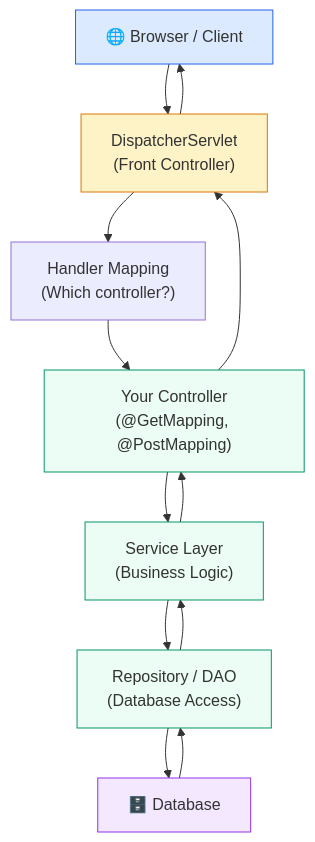
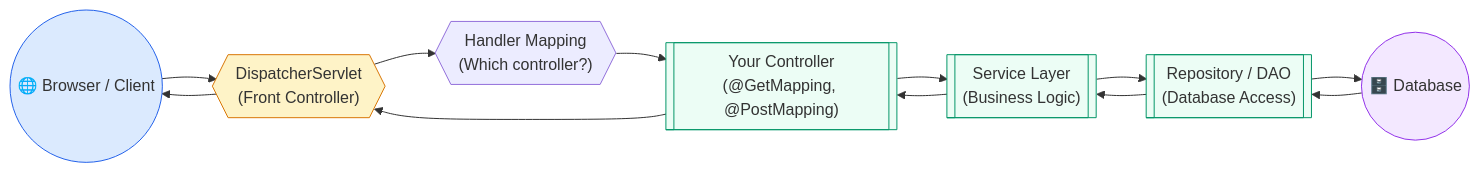
One commit to saivamsikaruturi/vamsilabs-dev-notes-main changed the sixth of 6 diagrams in docs/springboot/introduction.md. Above: the diagram before and after it, drawn with Mermaid. The commit also changed other lines of this file and 146 other files, not shown here.

Commit message:
Horizontal diagrams, UML class diagrams, typography overhaul, and permalink cleanup

````diff
--- a/docs/springboot/introduction.md
+++ b/docs/springboot/introduction.md
@@ -240,21 +394,21 @@
 ```mermaid
-flowchart TD
-    Client["🌐 Browser / Client"] --> DS["DispatcherServlet<br/>(Front Controller)"]
-    DS --> HM["Handler Mapping<br/>(Which controller?)"]
-    HM --> C["Your Controller<br/>(@GetMapping, @PostMapping)"]
-    C --> S["Service Layer<br/>(Business Logic)"]
-    S --> R["Repository / DAO<br/>(Database Access)"]
-    R --> DB["🗄️ Database"]
+flowchart LR
+    Client(("🌐 Browser / Client")) --> DS{{"DispatcherServlet<br/>(Front Controller)"}}
+    DS --> HM{{"Handler Mapping<br/>(Which controller?)"}}
+    HM --> C[["Your Controller<br/>(@GetMapping, @PostMapping)"]]
+    C --> S[["Service Layer<br/>(Business Logic)"]]
+    S --> R[["Repository / DAO<br/>(Database Access)"]]
+    R --> DB(("🗄️ Database"))
     DB --> R
     R --> S
     S --> C
     C --> DS
     DS --> Client
 
     style Client fill:#DBEAFE,stroke:#2563EB
     style DS fill:#FEF3C7,stroke:#D97706
     style C fill:#ECFDF5,stroke:#059669
     style S fill:#ECFDF5,stroke:#059669
     style R fill:#ECFDF5,stroke:#059669
     style DB fill:#F3E8FF,stroke:#9333EA
 ```
````
